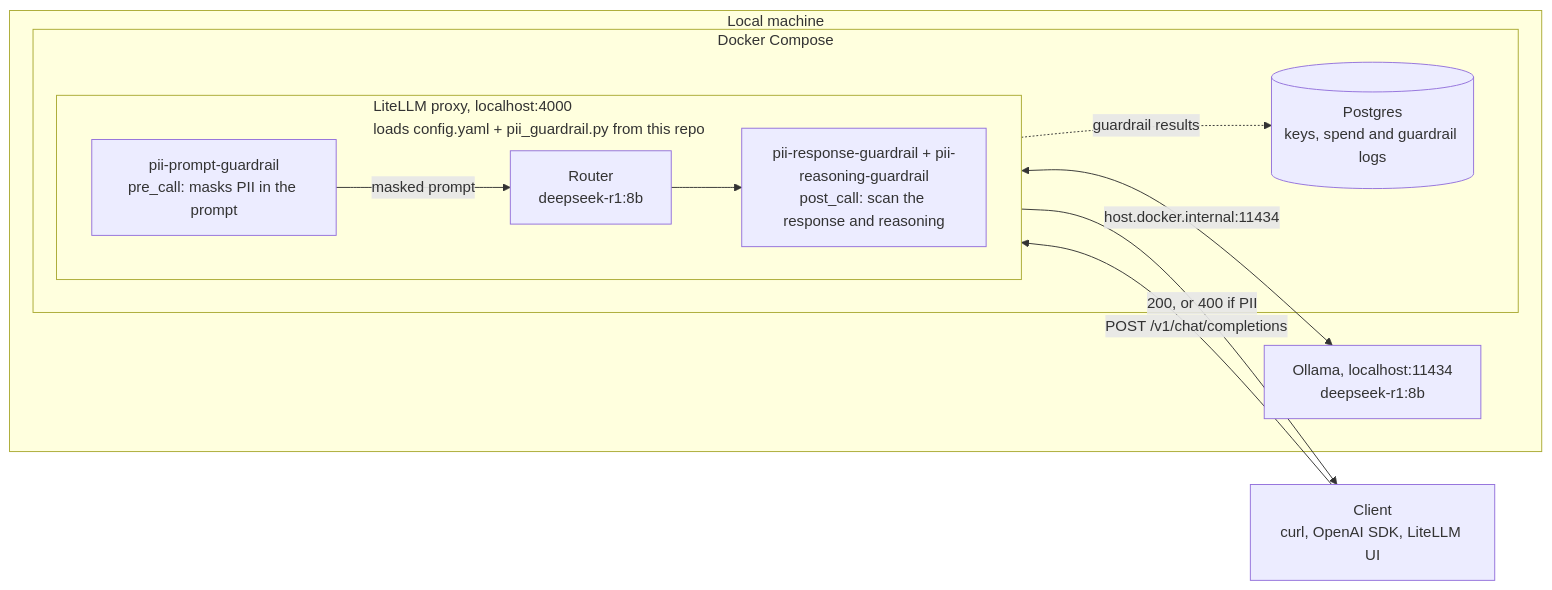
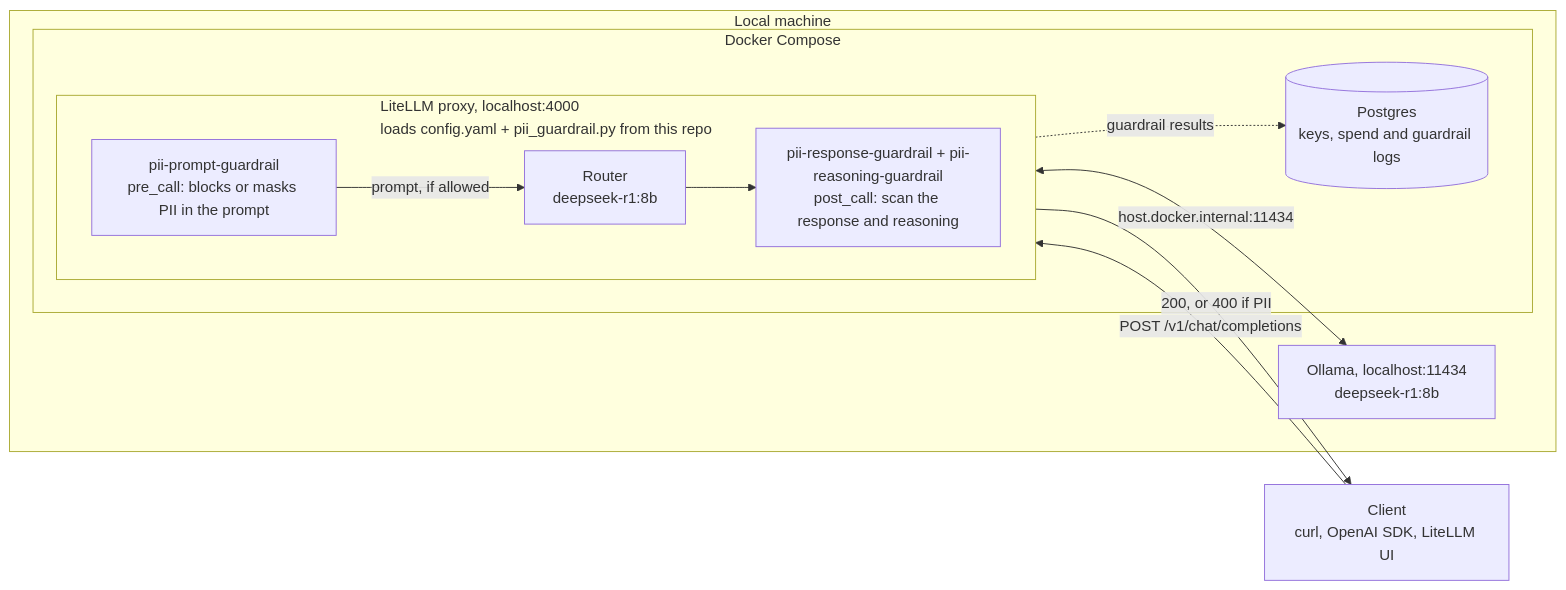
One commit to mshnjffr/litellm-guardrail changed the first of 2 diagrams in docs/implementation.md. Above: the diagram before and after it, drawn with Mermaid. The commit also changed other lines of this file and 4 other files, not shown here.

````diff
--- a/docs/implementation.md
+++ b/docs/implementation.md
@@ -12,24 +12,24 @@
 ```mermaid
 flowchart LR
     client["Client<br/>curl, OpenAI SDK, LiteLLM UI"]
 
     subgraph machine["Local machine"]
         subgraph compose["Docker Compose"]
             subgraph proxy["LiteLLM proxy, localhost:4000<br/>loads config.yaml + pii_guardrail.py from this repo"]
                 direction LR
-                pre["pii-prompt-guardrail<br/>pre_call: masks PII in the prompt"]
+                pre["pii-prompt-guardrail<br/>pre_call: blocks or masks PII in the prompt"]
                 router["Router<br/>deepseek-r1:8b"]
                 post["pii-response-guardrail + pii-reasoning-guardrail<br/>post_call: scan the response and reasoning"]
-                pre -- masked prompt --> router
+                pre -- "prompt, if allowed" --> router
                 router --> post
             end
             db[("Postgres<br/>keys, spend and guardrail logs")]
         end
         ollama["Ollama, localhost:11434<br/>deepseek-r1:8b"]
     end
 
     client -- "POST /v1/chat/completions" --> pre
     router <-- "host.docker.internal:11434" --> ollama
     post -- "200, or 400 if PII" --> client
     proxy -. "guardrail results" .-> db
 ```
````
